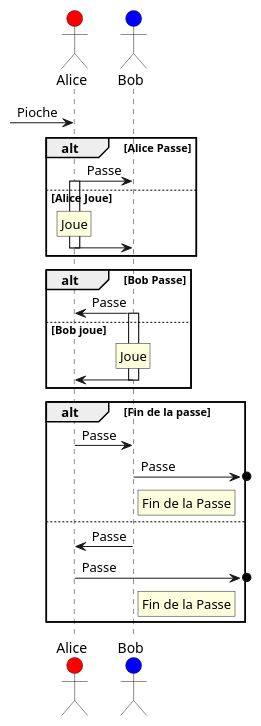
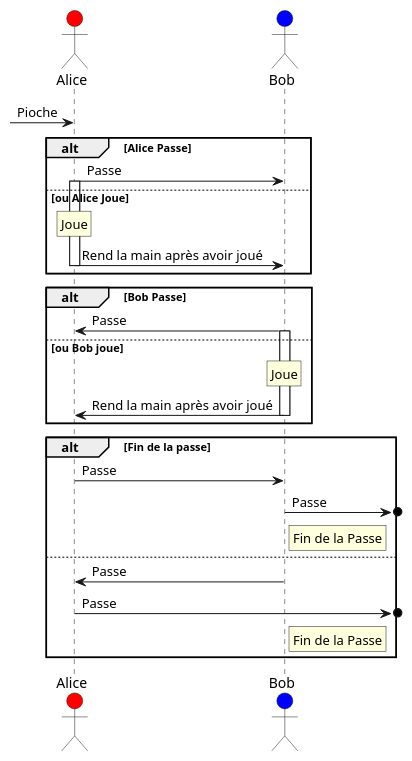
The seventh of 7 diagrams in sphérier/référence/phases-de-jeu/combat.md (de-dale/wiki), drawn with PlantUML before and after one commit. The commit also changed other lines of this file, not shown here.

Commit message:
docs: update sphérier/référence/phases-de-jeu/combat

````diff
--- a/sphérier/référence/phases-de-jeu/combat.md
+++ b/sphérier/référence/phases-de-jeu/combat.md
@@ -229,34 +229,34 @@
 ```plantuml
 actor Alice #red
 actor Bob #blue
 [-> Alice : Pioche
 
 
 deactivate Bob
   
 alt Alice Passe  
 	Alice -> Bob : Passe
-else Alice Joue
+else ou Alice Joue
 	activate Alice
 	rnote over Alice: Joue
-	Alice -> Bob --
+	Alice -> Bob -- : Rend la main après avoir joué
 end
 
 alt Bob Passe
 	Bob -> Alice : Passe
-else Bob joue
+else ou Bob joue
   activate Bob
 	rnote over Bob: Joue
-	Bob -> Alice --
+	Bob -> Alice -- : Rend la main après avoir joué
 end
 
 alt Fin de la passe
 	Alice -> Bob -- : Passe
 	Bob ->o] : Passe
 	rnote right of Bob: Fin de la Passe
 else 
 	Bob -> Alice : Passe
 	Alice ->o] : Passe
 	rnote right of Bob: Fin de la Passe
 end
 ```
````
